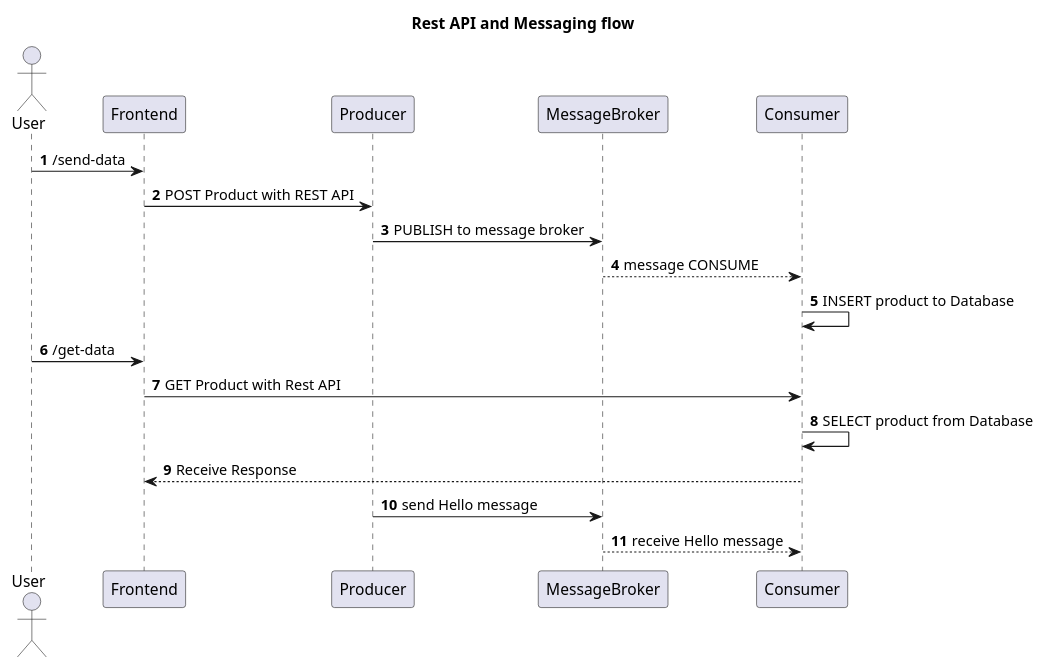
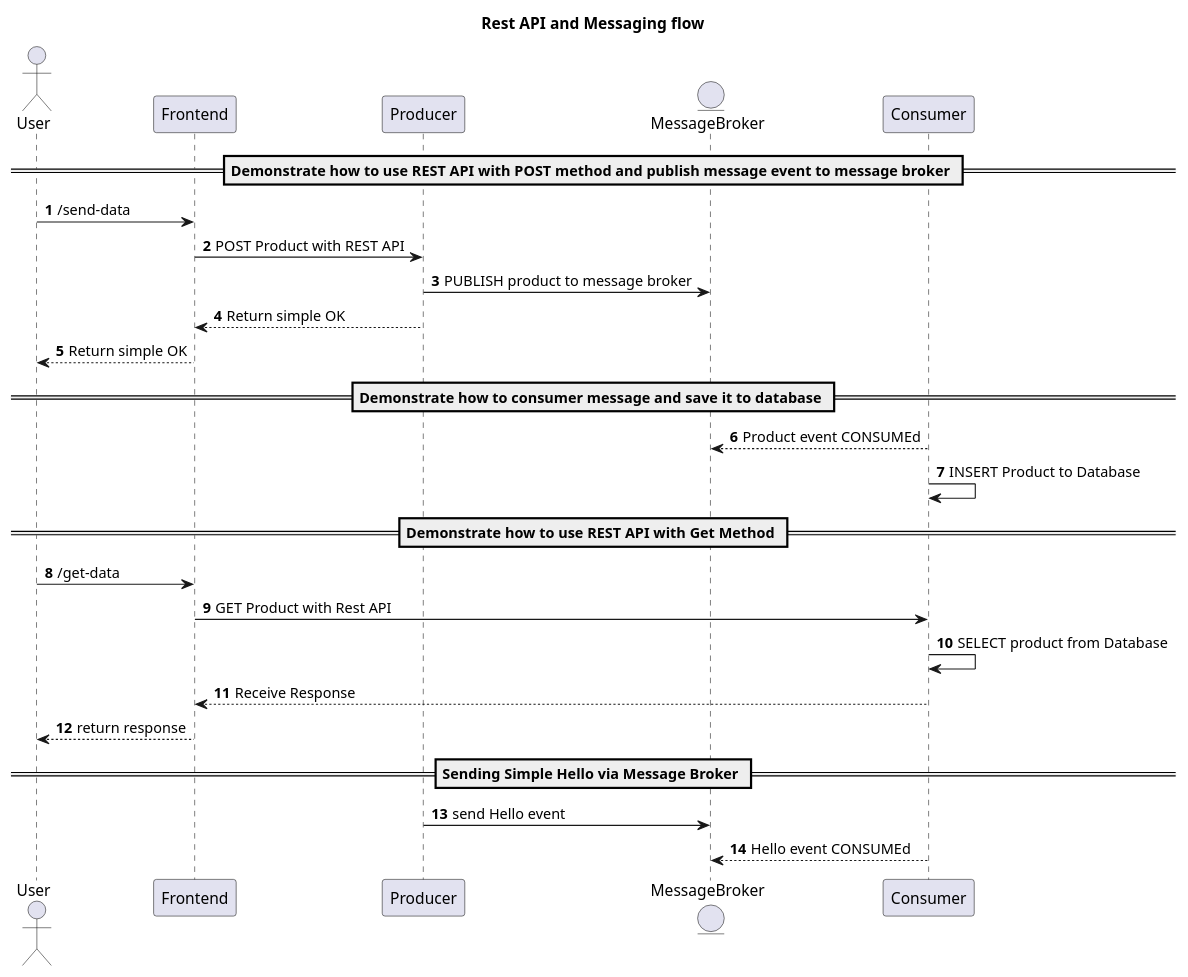
The diagram in diagram.wsd (mirzaakhena/rest-messaging-db), drawn with PlantUML before and after one commit.

```diff
--- a/diagram.wsd
+++ b/diagram.wsd
@@ -1,20 +1,36 @@
 @startuml
 title Rest API and Messaging flow
 autonumber
 actor User
+participant Frontend
+participant Producer
+entity MessageBroker
+participant Consumer
+
+== Demonstrate how to use REST API with POST method and publish message event to message broker ==
 
 User -> Frontend: /send-data
 Frontend -> Producer: POST Product with REST API
-Producer -> MessageBroker: PUBLISH to message broker
-MessageBroker --> Consumer: message CONSUME
-Consumer -> Consumer: INSERT product to Database
+Producer -> MessageBroker: PUBLISH product to message broker
+Producer --> Frontend: Return simple OK
+Frontend --> User: Return simple OK
+
+== Demonstrate how to consumer message and save it to database ==
+
+MessageBroker <-- Consumer: Product event CONSUMEd
+Consumer -> Consumer: INSERT Product to Database
+
+== Demonstrate how to use REST API with Get Method ==
 
 User -> Frontend: /get-data
 Frontend -> Consumer: GET Product with Rest API
 Consumer -> Consumer: SELECT product from Database
 Consumer --> Frontend: Receive Response
+Frontend --> User: return response
 
-Producer -> MessageBroker: send Hello message
-MessageBroker --> Consumer: receive Hello message
+== Sending Simple Hello via Message Broker ==
+
+Producer -> MessageBroker: send Hello event
+MessageBroker <-- Consumer: Hello event CONSUMEd
 
 @enduml
```
